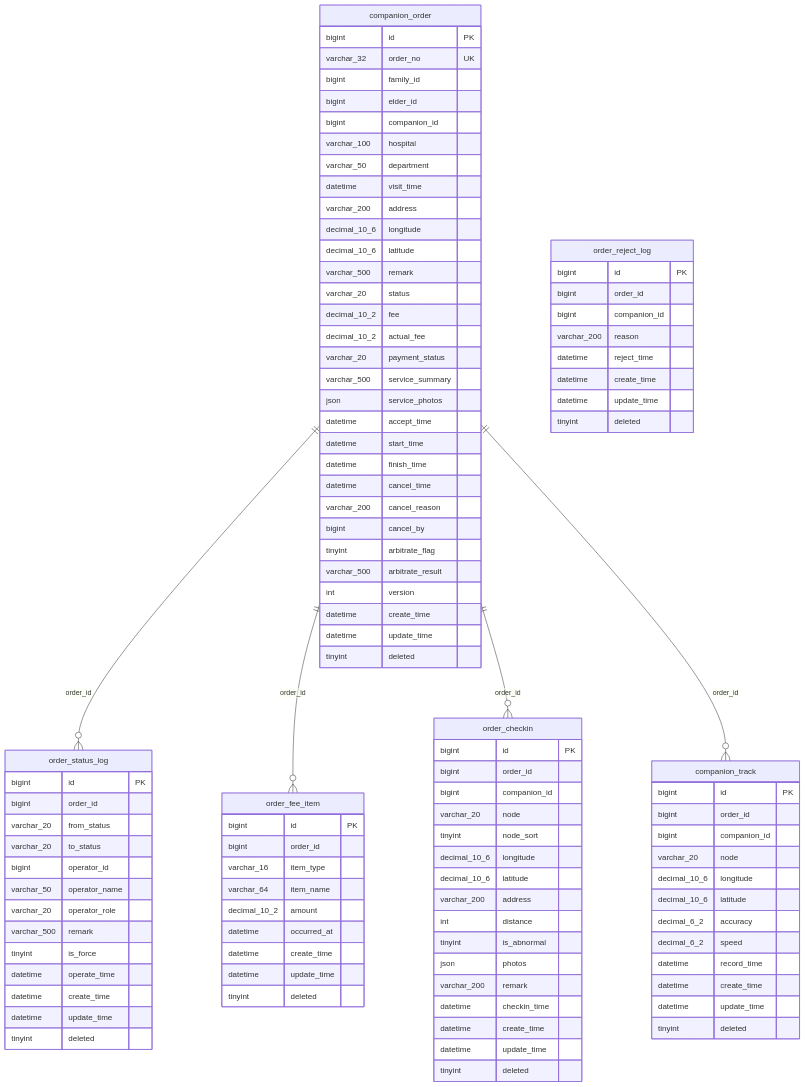
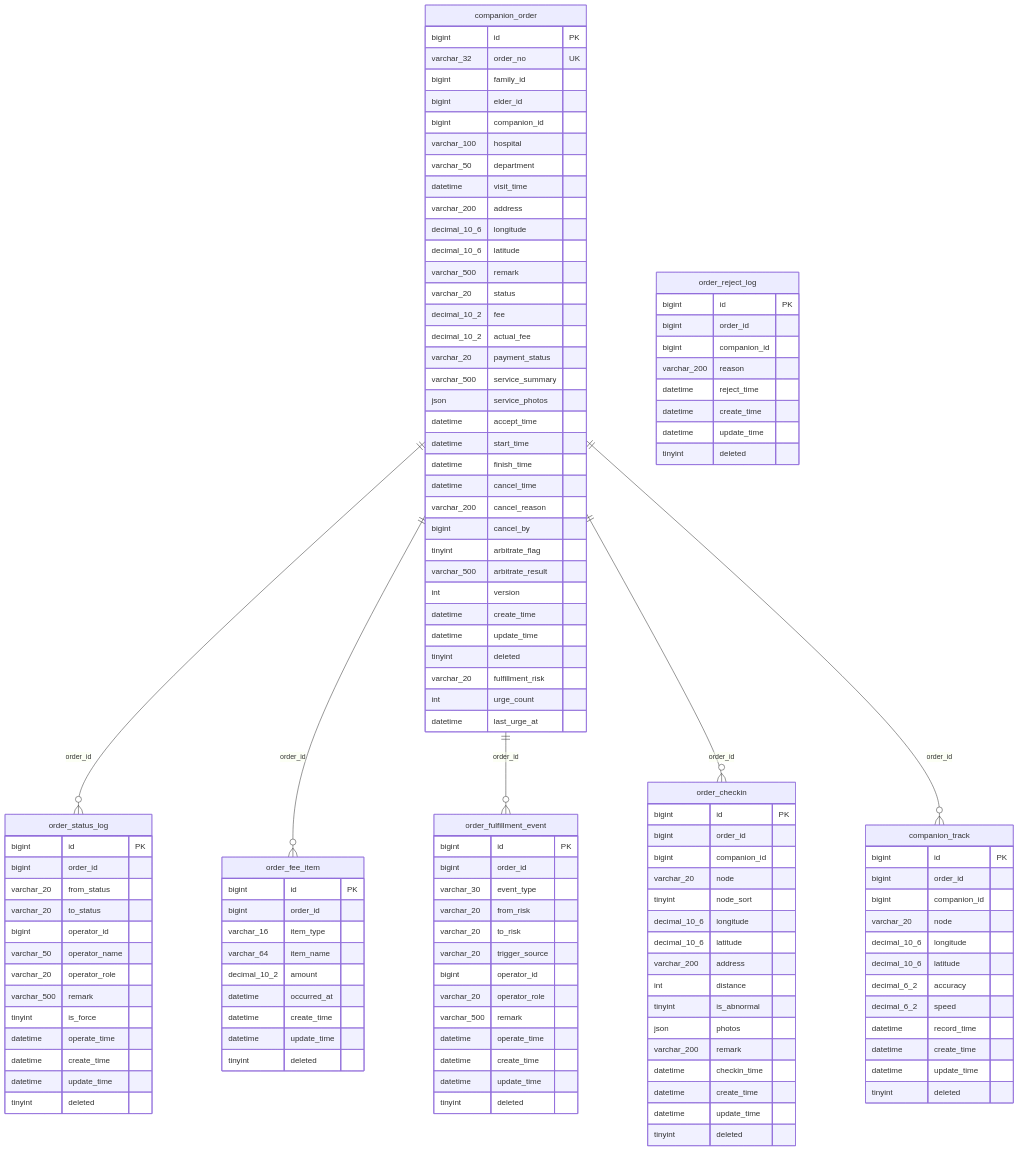
The fourth of 7 diagrams in docs/db/01-ER图.md (wangpanbin/Senior-Companion-Health-Assessment), drawn with Mermaid before and after one commit. The commit also changed other lines of this file and 9 other files, not shown here.

````diff
--- a/docs/db/01-ER图.md
+++ b/docs/db/01-ER图.md
@@ -272,6 +274,9 @@
         datetime create_time
         datetime update_time
         tinyint deleted
+        varchar_20 fulfillment_risk
+        int urge_count
+        datetime last_urge_at
     }
     order_status_log {
         bigint id PK
@@ -341,8 +346,24 @@
         datetime update_time
         tinyint deleted
     }
+    order_fulfillment_event {
+        bigint id PK
+        bigint order_id
+        varchar_30 event_type
+        varchar_20 from_risk
+        varchar_20 to_risk
+        varchar_20 trigger_source
+        bigint operator_id
+        varchar_20 operator_role
+        varchar_500 remark
+        datetime operate_time
+        datetime create_time
+        datetime update_time
+        tinyint deleted
+    }
     companion_order ||--o{ order_status_log : "order_id"
     companion_order ||--o{ order_fee_item : "order_id"
+    companion_order ||--o{ order_fulfillment_event : "order_id"
     companion_order ||--o{ order_checkin : "order_id"
     companion_order ||--o{ companion_track : "order_id"
 ```
````
